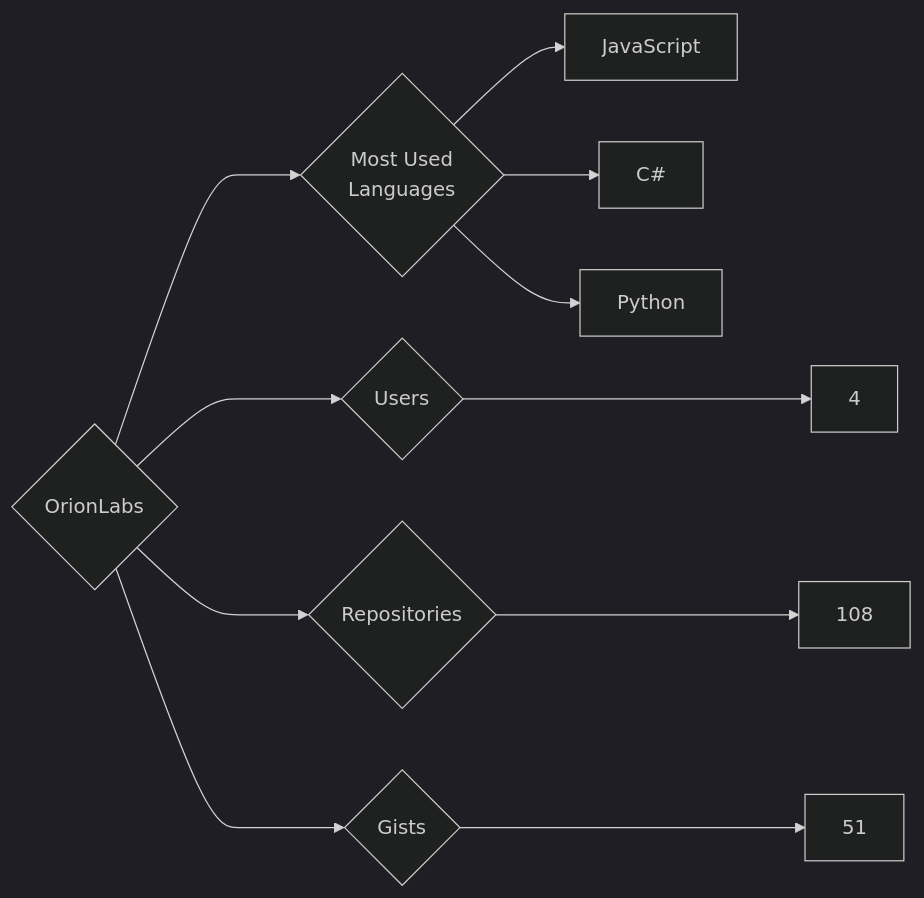
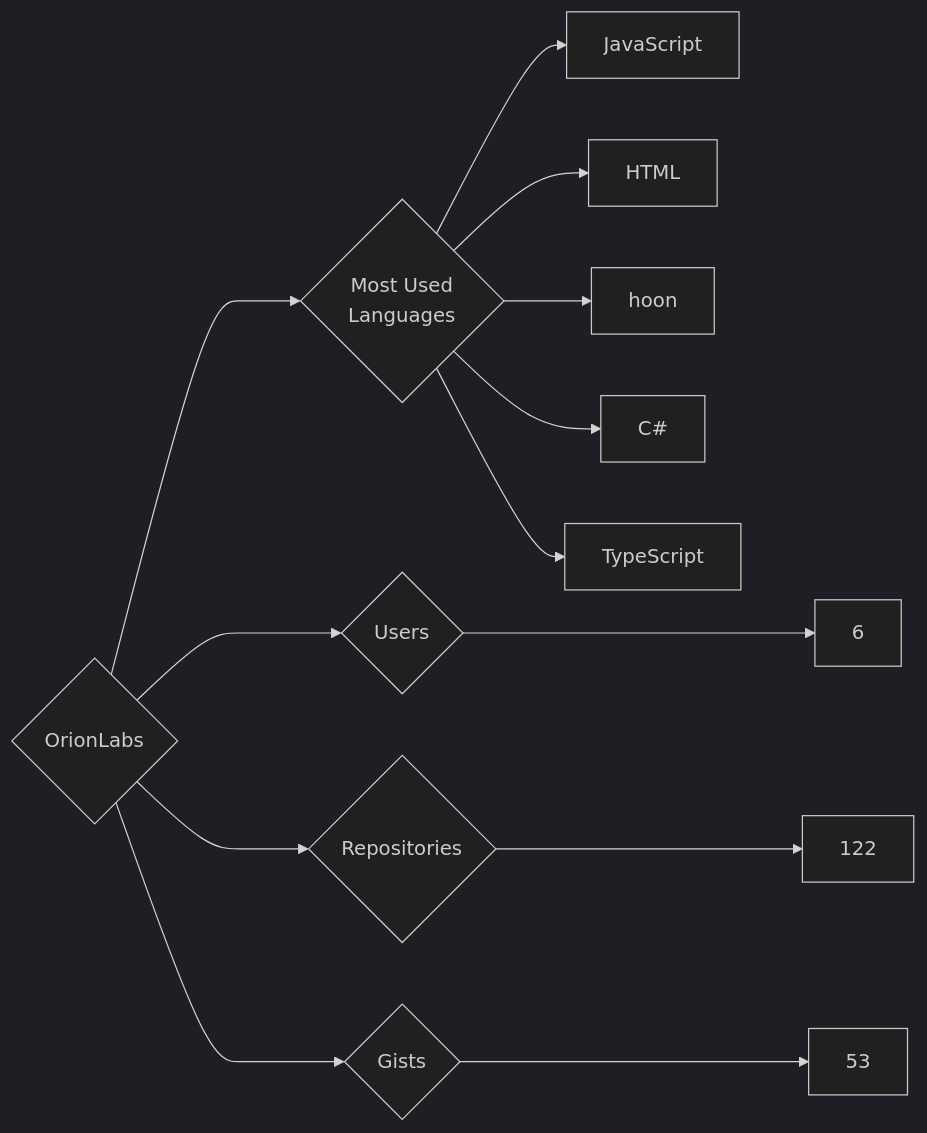
The diagram in targets/OrionLabs/README.md (trickest/insiders), drawn with Mermaid (dark theme) before and after one commit. The commit also changed 1479 other files, not shown here.

````diff
--- a/targets/OrionLabs/README.md
+++ b/targets/OrionLabs/README.md
@@ -3,11 +3,13 @@
 ```mermaid
 graph LR
 COMPANY_NAME{OrionLabs}
-COMPANY_NAME ---> U{Users} ---> UN[4]
-COMPANY_NAME ---> R{Repositories} ---> RN[108]
-COMPANY_NAME ---> G{Gists} ---> GN[51]
+COMPANY_NAME ---> U{Users} ---> UN[6]
+COMPANY_NAME ---> R{Repositories} ---> RN[122]
+COMPANY_NAME ---> G{Gists} ---> GN[53]
 COMPANY_NAME ---> ML{Most Used<br>Languages}
 ML --> JavaScript[JavaScript]
+ML --> HTML[HTML]
+ML --> hoon[hoon]
 ML --> C#[C#]
-ML --> Python[Python]
+ML --> TypeScript[TypeScript]
 ```
````
